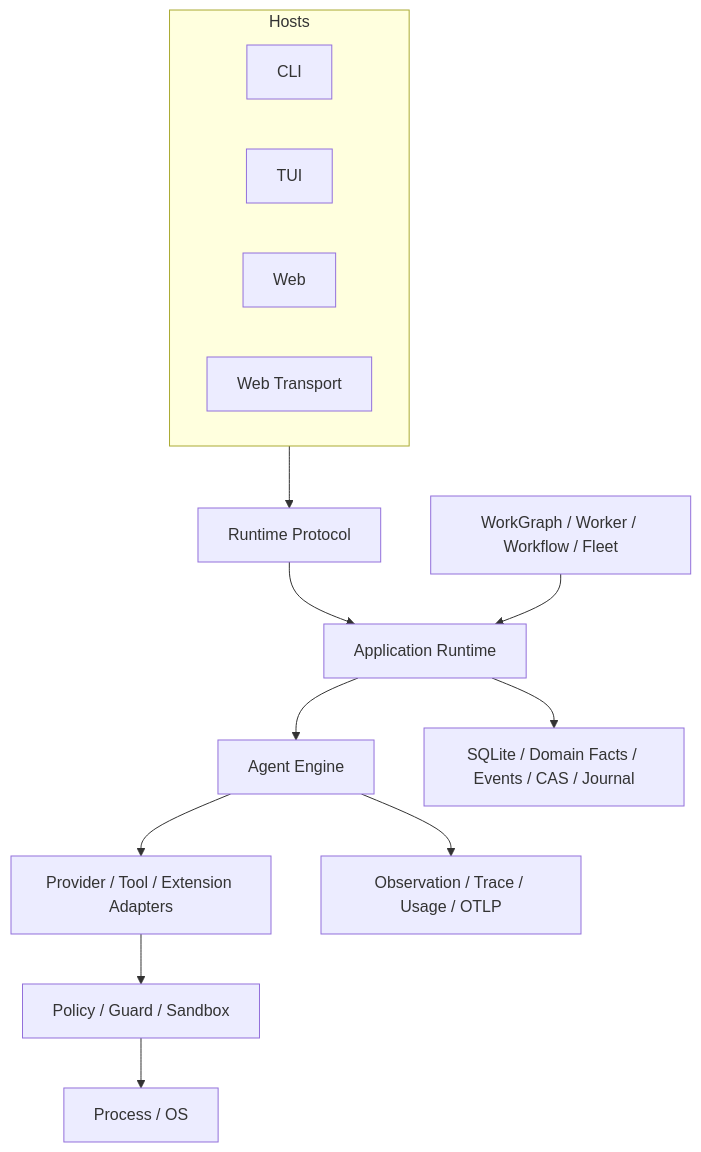
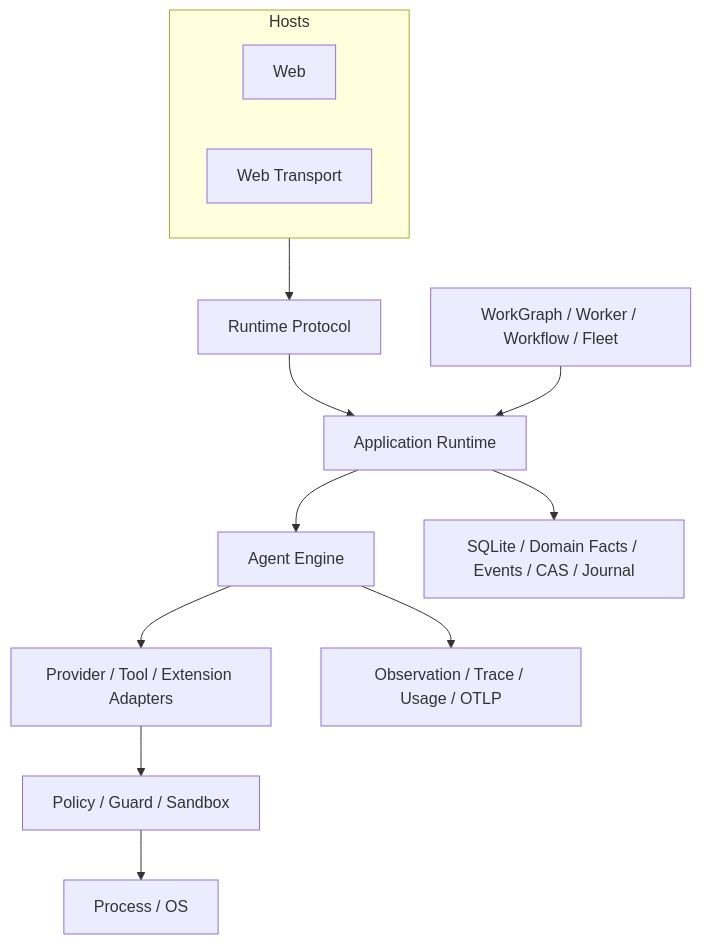
One commit to fwtllh-png/CodeHelper changed the diagram in docs/book/zh-CN/02-codehelper-overview/02-system-architecture.md. Above: the diagram before and after it, drawn with Mermaid. The commit also changed other lines of this file and 517 other files, not shown here.

````diff
--- a/docs/book/zh-CN/02-codehelper-overview/02-system-architecture.md
+++ b/docs/book/zh-CN/02-codehelper-overview/02-system-architecture.md
@@ -75,24 +75,22 @@
 ```mermaid
 flowchart TB
     subgraph Hosts
-      CLI
-      TUI
-      VSC[Web]
+      UI[Web]
       API[Web Transport]
     end
     P[Runtime Protocol]
     APP[Application Runtime]
     ENG[Agent Engine]
     ADP[Provider / Tool / Extension Adapters]
     SEC[Policy / Guard / Sandbox]
     ORC[WorkGraph / Worker / Workflow / Fleet]
     PER[SQLite / Domain Facts / Events / CAS / Journal]
     OBS[Observation / Trace / Usage / OTLP]
     PLT[Process / OS]
     Hosts --> P --> APP --> ENG
     ENG --> ADP
     ADP --> SEC --> PLT
     APP --> PER
     ENG --> OBS
     ORC --> APP
 ```
````
